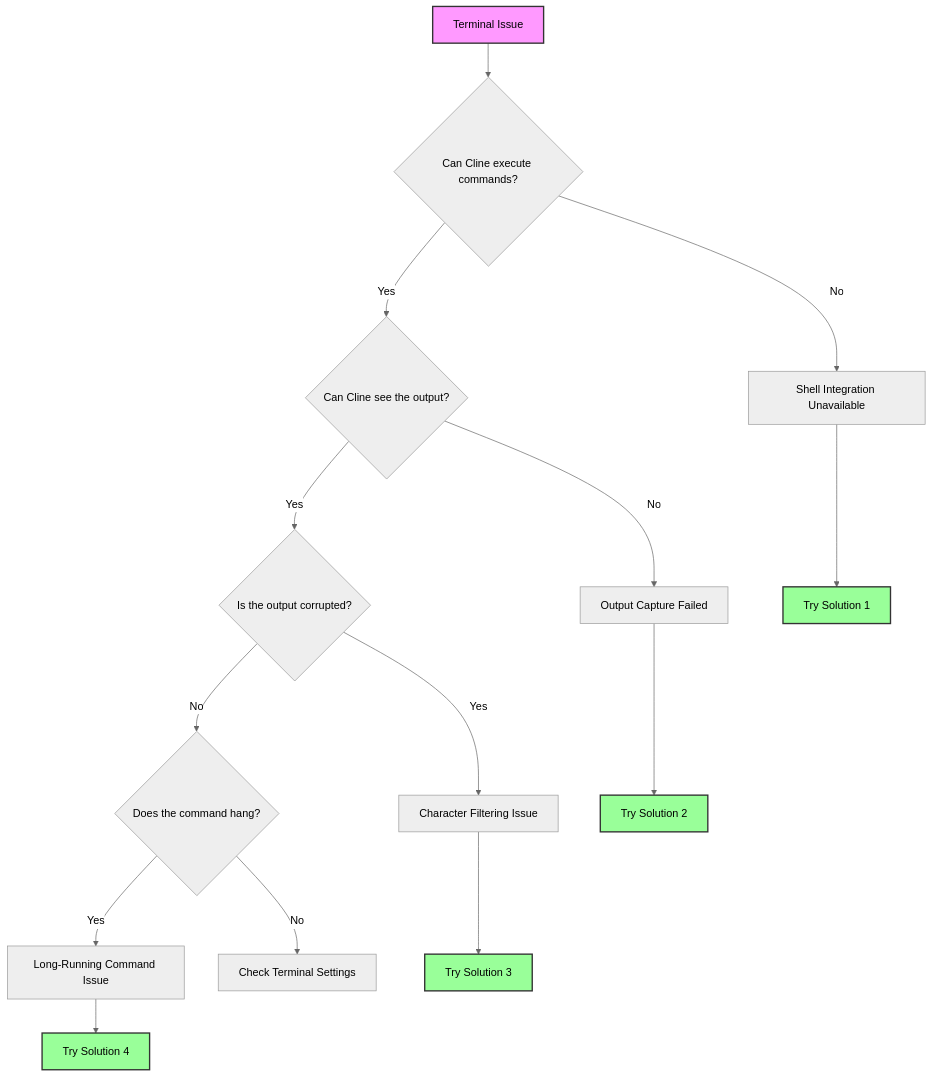
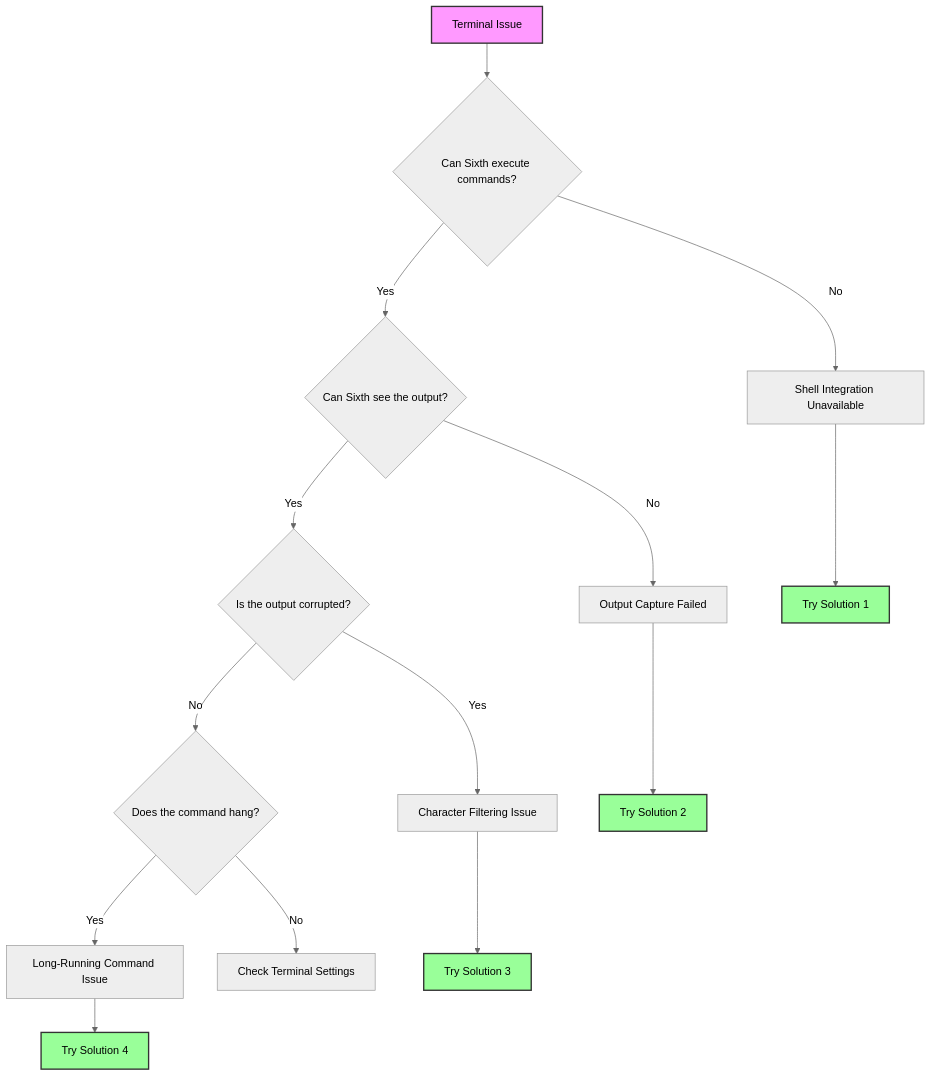
The diagram in troubleshooting/terminal-integration-guide.mdx (SixHq/docs), drawn with Mermaid (neutral theme) before and after one commit. The commit also changed other lines of this file and 70 other files, not shown here.

````diff
--- a/troubleshooting/terminal-integration-guide.mdx
+++ b/troubleshooting/terminal-integration-guide.mdx
@@ -20,23 +20,23 @@
 ```mermaid
 graph TD
-    A[Terminal Issue] --> B{Can Cline execute commands?}
+    A[Terminal Issue] --> B{Can Sixth execute commands?}
     B -->|No| C[Shell Integration Unavailable]
-    B -->|Yes| D{Can Cline see the output?}
+    B -->|Yes| D{Can Sixth see the output?}
     D -->|No| E[Output Capture Failed]
     D -->|Yes| F{Is the output corrupted?}
     F -->|Yes| G[Character Filtering Issue]
     F -->|No| H{Does the command hang?}
     H -->|Yes| I[Long-Running Command Issue]
     H -->|No| J[Check Terminal Settings]
 
     C --> K[Try Solution 1]
     E --> L[Try Solution 2]
     G --> M[Try Solution 3]
     I --> N[Try Solution 4]
 
     style A fill:#f9f,stroke:#333,stroke-width:2px
     style K fill:#9f9,stroke:#333,stroke-width:2px
     style L fill:#9f9,stroke:#333,stroke-width:2px
     style M fill:#9f9,stroke:#333,stroke-width:2px
     style N fill:#9f9,stroke:#333,stroke-width:2px
 ```
````
